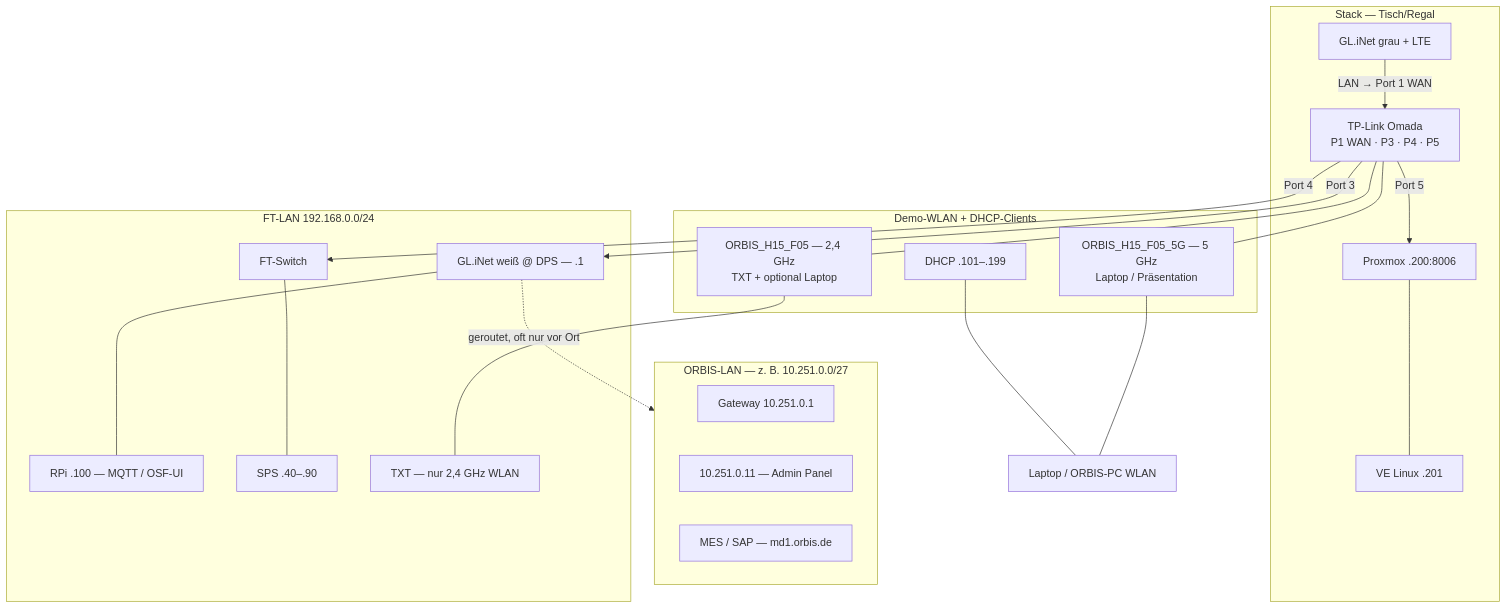
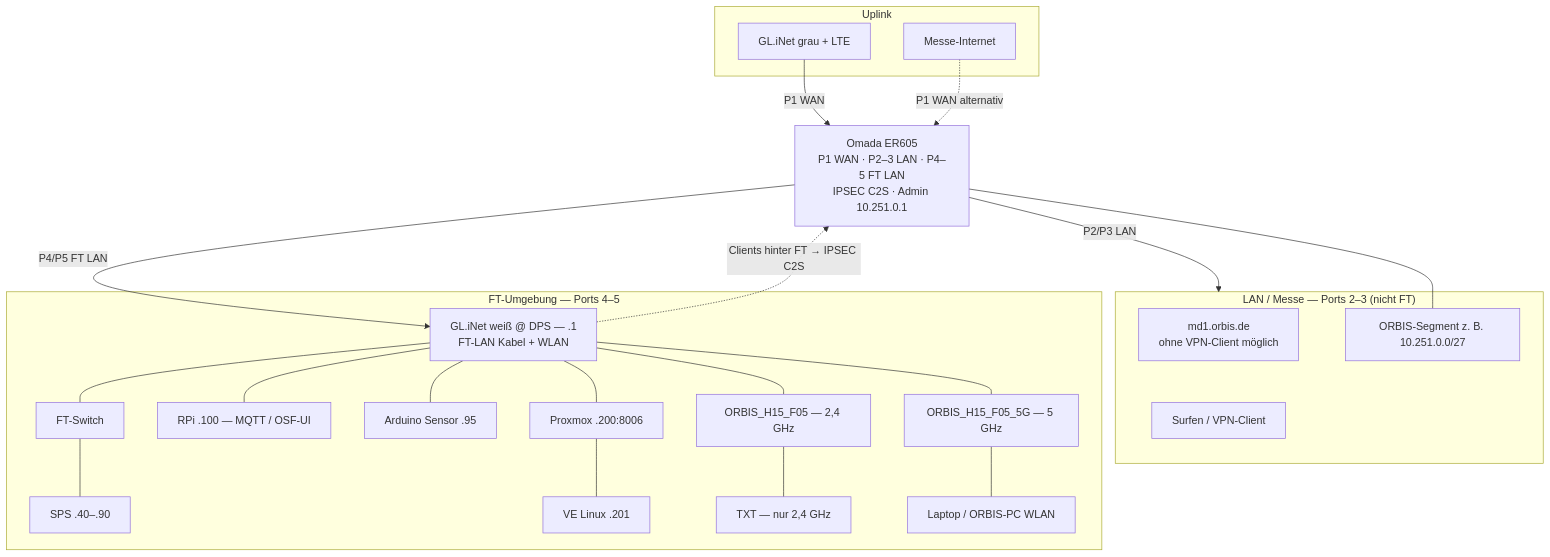
One commit to OliverBerger-ORBIS/ORBIS-Modellfabrik changed the second of 2 diagrams in docs/04-howto/setup/orbis-shopfloor-network-topology.md. Above: the diagram before and after it, drawn with Mermaid. The commit also changed other lines of this file and 38 other files, not shown here.

First line of the commit message:
feat(persistence): add Query-API V1 and document Omada FT/Messe split

````diff
--- a/docs/04-howto/setup/orbis-shopfloor-network-topology.md
+++ b/docs/04-howto/setup/orbis-shopfloor-network-topology.md
@@ -167,43 +222,48 @@
 ```mermaid
 flowchart TB
-    subgraph ORBIS_CORP["ORBIS-LAN — z. B. 10.251.0.0/27"]
-        ORBIS_GW["Gateway 10.251.0.1"]
-        ORBIS_SVC["10.251.0.11 — Admin Panel"]
-        MES["MES / SAP — md1.orbis.de"]
+    subgraph UPLINK["Uplink"]
+        GREY["GL.iNet grau + LTE"]
+        MESSE_INET["Messe-Internet"]
     end
 
-    subgraph DEMO_WLAN["Demo-WLAN + DHCP-Clients"]
-        SSID24["ORBIS_H15_F05 — 2,4 GHz<br/>TXT + optional Laptop"]
-        SSID5["ORBIS_H15_F05_5G — 5 GHz<br/>Laptop / Präsentation"]
-        DHCP["DHCP .101–.199"]
+    OMADA["Omada ER605<br/>P1 WAN · P2–3 LAN · P4–5 FT LAN<br/>IPSEC C2S · Admin 10.251.0.1"]
+
+    subgraph MESSE["LAN / Messe — Ports 2–3 (nicht FT)"]
+        MD1["md1.orbis.de<br/>ohne VPN-Client möglich"]
+        SURF["Surfen / VPN-Client"]
+        ORBIS_LAN["ORBIS-Segment z. B. 10.251.0.0/27"]
     end
 
-    subgraph STACK["Stack — Tisch/Regal"]
-        GREY["GL.iNet grau + LTE"]
-        OMADA["TP-Link Omada<br/>P1 WAN · P3 · P4 · P5"]
+    subgraph FT["FT-Umgebung — Ports 4–5"]
+        GLINET["GL.iNet weiß @ DPS — .1<br/>FT-LAN Kabel + WLAN"]
+        FTSW["FT-Switch"]
+        RPI["RPi .100 — MQTT / OSF-UI"]
+        ARDUINO["Arduino Sensor .95"]
+        SPS["SPS .40–.90"]
         PROX["Proxmox .200:8006"]
         VE["VE Linux .201"]
+        SSID24["ORBIS_H15_F05 — 2,4 GHz"]
+        SSID5["ORBIS_H15_F05_5G — 5 GHz"]
+        TXT["TXT — nur 2,4 GHz"]
+        LAPTOP["Laptop / ORBIS-PC WLAN"]
     end
 
-    subgraph FT_LAN["FT-LAN 192.168.0.0/24"]
-        GLINET["GL.iNet weiß @ DPS — .1"]
-        FTSW["FT-Switch"]
-        RPI["RPi .100 — MQTT / OSF-UI"]
-        SPS["SPS .40–.90"]
-        TXT["TXT — nur 2,4 GHz WLAN"]
-    end
-
-    GREY -->|"LAN → Port 1 WAN"| OMADA
-    OMADA --- SSID24
-    OMADA --- SSID5
+    GREY -->|"P1 WAN"| OMADA
+    MESSE_INET -.->|"P1 WAN alternativ"| OMADA
+    OMADA -->|"P2/P3 LAN"| MESSE
+    OMADA -->|"P4/P5 FT LAN"| GLINET
+    GLINET --- FTSW
+    GLINET --- RPI
+    GLINET --- ARDUINO
+    GLINET --- PROX
+    GLINET --- SSID24
+    GLINET --- SSID5
+    FTSW --- SPS
+    PROX --- VE
     SSID24 --- TXT
-    SSID5 --- LAPTOP["Laptop / ORBIS-PC WLAN"]
-    DHCP --- LAPTOP
-    OMADA -->|"Port 3"| GLINET
-    OMADA -->|"Port 4"| FTSW
-    OMADA -->|"Port 5"| PROX
-    PROX --- VE
-    GLINET --- RPI
-    FTSW --- SPS
-    GLINET -.->|"geroutet, oft nur vor Ort"| ORBIS_CORP
+    SSID5 --- LAPTOP
+    GLINET -.->|"Clients hinter FT → IPSEC C2S"| OMADA
+    OMADA --- ORBIS_LAN
+    MESSE --- MD1
+    MESSE --- SURF
 ```
````
